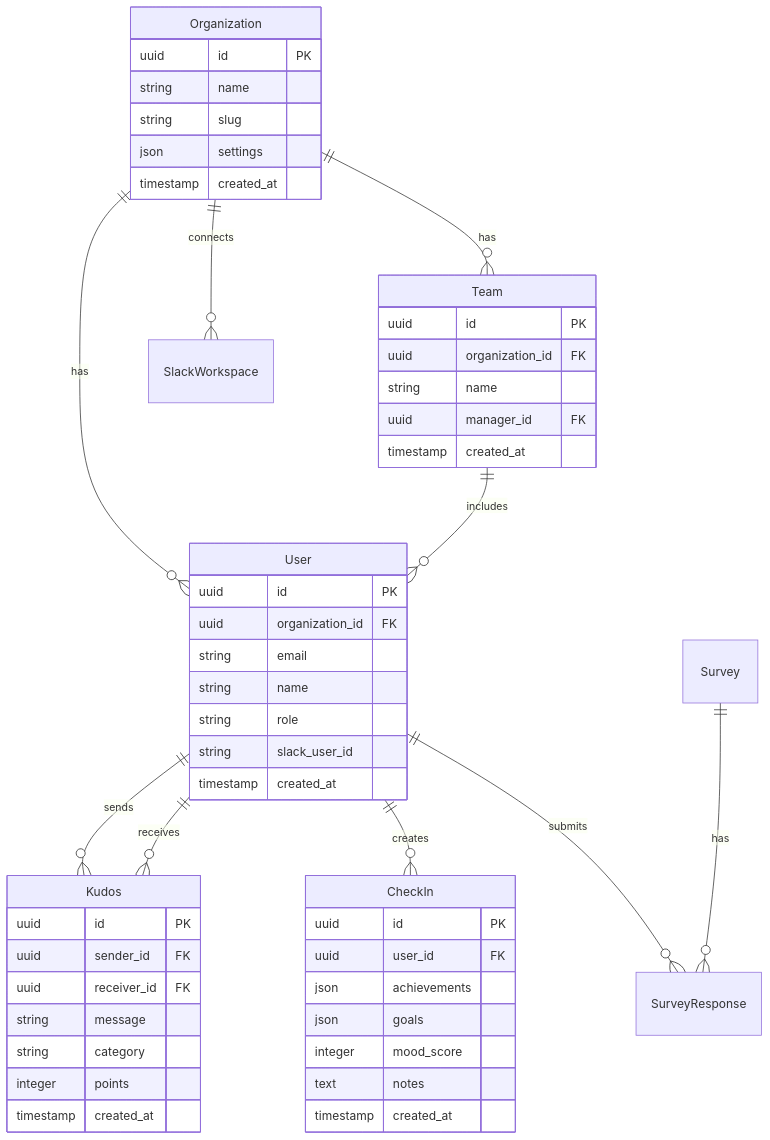
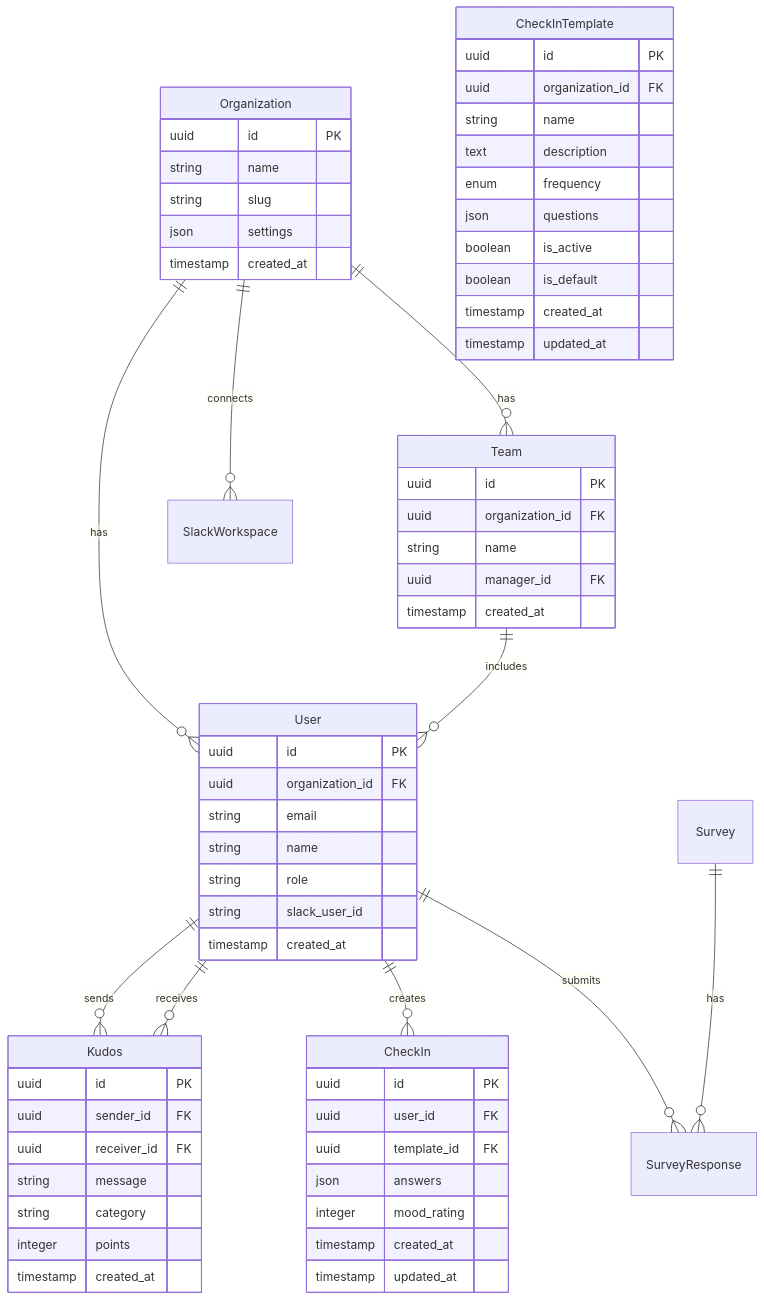
The diagram in docs/architecture.md (D-stats/team-spark-ai), drawn with Mermaid before and after one commit. The commit also changed other lines of this file and 7 other files, not shown here.

````diff
--- a/docs/architecture.md
+++ b/docs/architecture.md
@@ -90,58 +97,71 @@
 ```mermaid
 erDiagram
     Organization ||--o{ User : has
     Organization ||--o{ Team : has
     Organization ||--o{ SlackWorkspace : connects
     User ||--o{ Kudos : sends
     User ||--o{ Kudos : receives
     User ||--o{ CheckIn : creates
     User ||--o{ SurveyResponse : submits
     Team ||--o{ User : includes
     Survey ||--o{ SurveyResponse : has
-    
+
     Organization {
         uuid id PK
         string name
         string slug
         json settings
         timestamp created_at
     }
-    
+
     User {
         uuid id PK
         uuid organization_id FK
         string email
         string name
         string role
         string slack_user_id
         timestamp created_at
     }
-    
+
     Team {
         uuid id PK
         uuid organization_id FK
         string name
         uuid manager_id FK
         timestamp created_at
     }
-    
+
     Kudos {
         uuid id PK
         uuid sender_id FK
         uuid receiver_id FK
         string message
         string category
         integer points
         timestamp created_at
     }
-    
+
     CheckIn {
         uuid id PK
         uuid user_id FK
-        json achievements
-        json goals
-        integer mood_score
-        text notes
+        uuid template_id FK
+        json answers
+        integer mood_rating
         timestamp created_at
+        timestamp updated_at
+    }
+
+    CheckInTemplate {
+        uuid id PK
+        uuid organization_id FK
+        string name
+        text description
+        enum frequency
+        json questions
+        boolean is_active
+        boolean is_default
+        timestamp created_at
+        timestamp updated_at
     }
 ```
````
